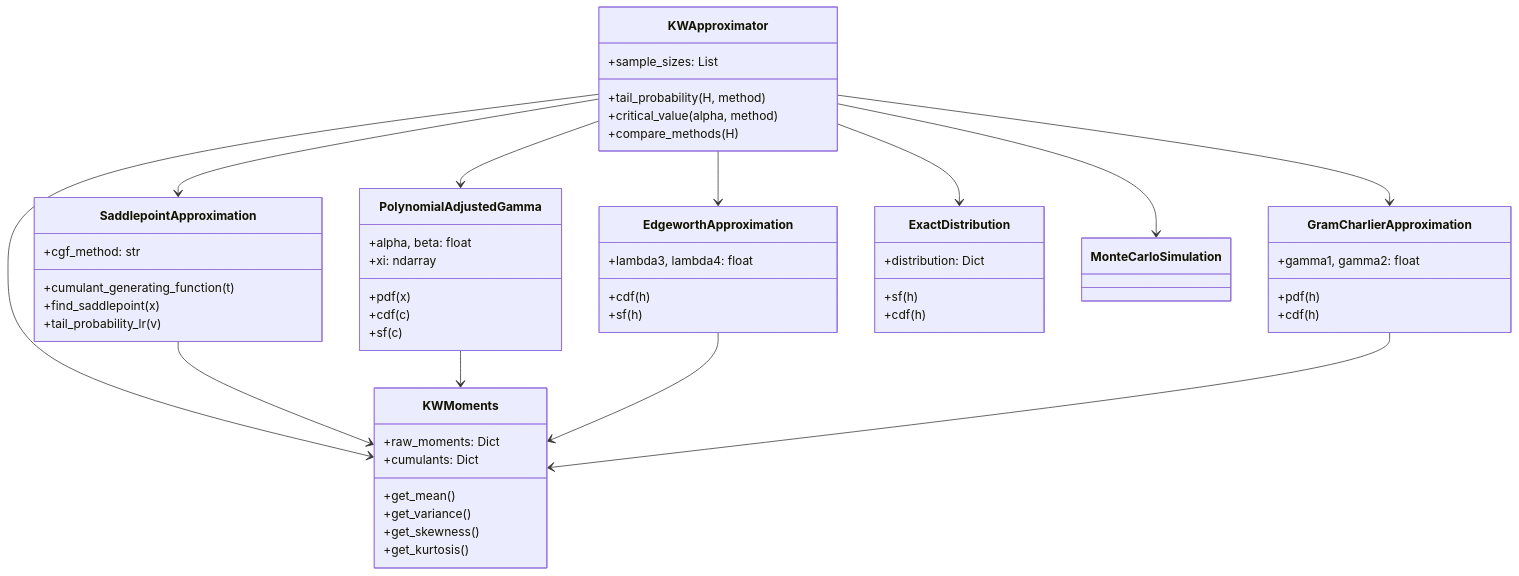
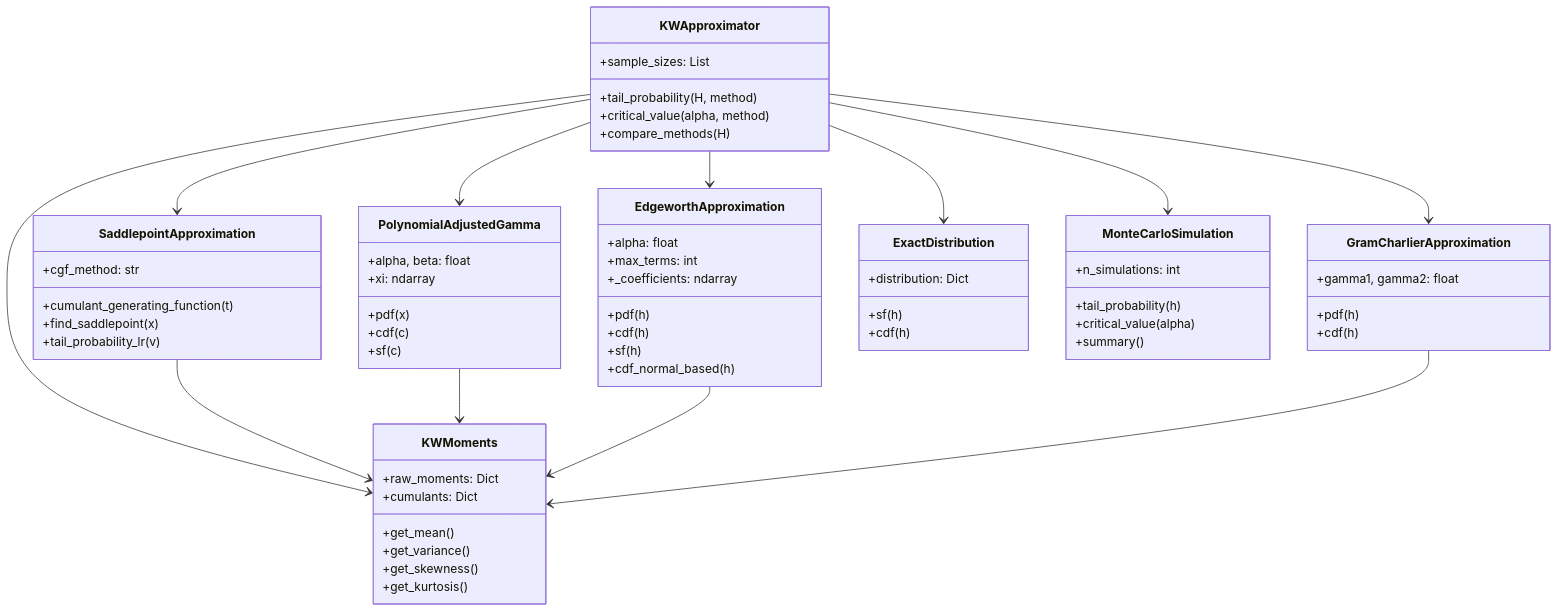
One commit to zongseung/KS-test changed the fourth of 4 diagrams in README.md. Above: the diagram before and after it, drawn with Mermaid. The commit also changed other lines of this file, not shown here.

````diff
--- a/README.md
+++ b/README.md
@@ -251,63 +313,74 @@
 ```mermaid
 classDiagram
     class KWApproximator {
         +sample_sizes: List
         +tail_probability(H, method)
         +critical_value(alpha, method)
         +compare_methods(H)
     }
 
     class KWMoments {
         +raw_moments: Dict
         +cumulants: Dict
         +get_mean()
         +get_variance()
         +get_skewness()
         +get_kurtosis()
     }
 
     class SaddlepointApproximation {
         +cgf_method: str
         +cumulant_generating_function(t)
         +find_saddlepoint(x)
         +tail_probability_lr(v)
     }
 
     class PolynomialAdjustedGamma {
         +alpha, beta: float
         +xi: ndarray
         +pdf(x)
         +cdf(c)
         +sf(c)
     }
 
     class EdgeworthApproximation {
-        +lambda3, lambda4: float
+        +alpha: float
+        +max_terms: int
+        +_coefficients: ndarray
+        +pdf(h)
         +cdf(h)
         +sf(h)
+        +cdf_normal_based(h)
     }
 
     class GramCharlierApproximation {
         +gamma1, gamma2: float
         +pdf(h)
         +cdf(h)
     }
 
     class ExactDistribution {
         +distribution: Dict
         +sf(h)
         +cdf(h)
     }
 
+    class MonteCarloSimulation {
+        +n_simulations: int
+        +tail_probability(h)
+        +critical_value(alpha)
+        +summary()
+    }
+
     KWApproximator --> KWMoments
     KWApproximator --> SaddlepointApproximation
     KWApproximator --> PolynomialAdjustedGamma
     KWApproximator --> EdgeworthApproximation
     KWApproximator --> GramCharlierApproximation
     KWApproximator --> ExactDistribution
     KWApproximator --> MonteCarloSimulation
     SaddlepointApproximation --> KWMoments
     PolynomialAdjustedGamma --> KWMoments
     EdgeworthApproximation --> KWMoments
     GramCharlierApproximation --> KWMoments
 ```
````
